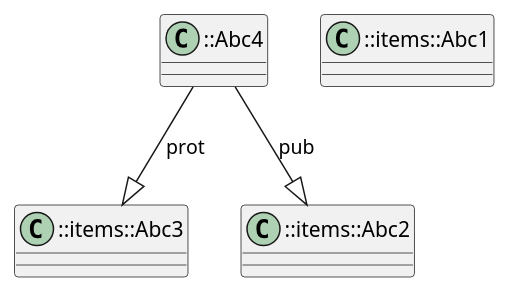
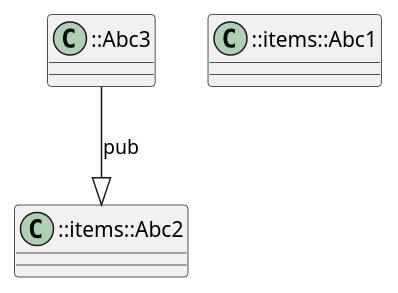
One commit to anetczuk/gcc-uml changed the diagram in examples/inherit/inherit_virt1.cpp.puml. Above: the diagram before and after it, drawn with PlantUML. The commit also changed 5 other files, not shown here.

```diff
--- a/examples/inherit/inherit_virt1.cpp.puml
+++ b/examples/inherit/inherit_virt1.cpp.puml
@@ -1,17 +1,13 @@
 @startuml
 
-class "::Abc4" as item_0 {
+class "::Abc3" as item_0 {
 }
-class "::items::Abc3" as item_1 {
+class "::items::Abc2" as item_1 {
 }
 class "::items::Abc1" as item_2 {
 }
-class "::items::Abc2" as item_3 {
-}
 
-' ::Abc4 --|> ::items::Abc3
-item_0 --|> item_1: "prot"
-' ::Abc4 --|> ::items::Abc2
-item_0 --|> item_3: "pub"
+' ::Abc3 --|> ::items::Abc2
+item_0 --|> item_1: "pub"
 
 @enduml
```
